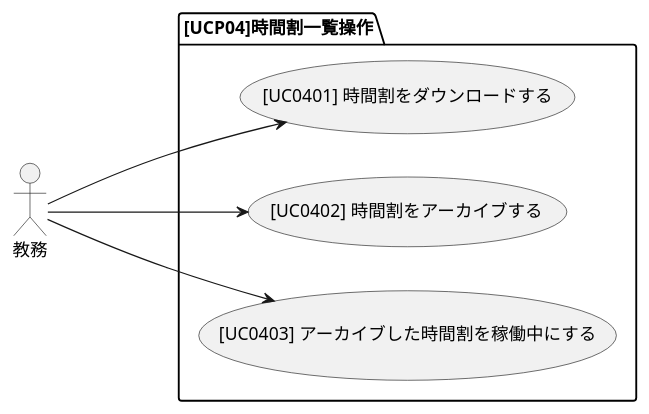
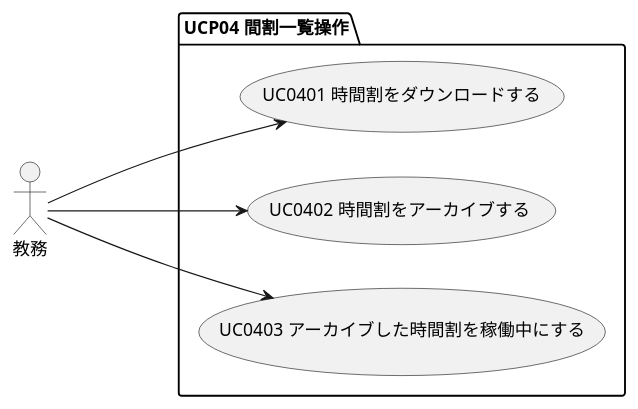
The diagram in docs/03_システム要件定義/01_ユースケース図/UCP04_年間時間割操作.pu (takayanag-i/working-in-progress), drawn with PlantUML before and after one commit. The commit also changed 2 other files, not shown here.

Commit message:
[FIX] UC図の括弧削除

```diff
--- a/docs/03_システム要件定義/01_ユースケース図/UCP04_年間時間割操作.pu
+++ b/docs/03_システム要件定義/01_ユースケース図/UCP04_年間時間割操作.pu
@@ -1,11 +1,11 @@
 @startuml usecase diagram
 left to right direction
 
 actor 教務
 
-package [UCP04]時間割一覧操作 {
-    教務--->([UC0401] 時間割をダウンロードする)
-    教務--->([UC0402] 時間割をアーカイブする)
-    教務--->([UC0403] アーカイブした時間割を稼働中にする)
+package "UCP04 間割一覧操作" {
+    教務--->(UC0401 時間割をダウンロードする)
+    教務--->(UC0402 時間割をアーカイブする)
+    教務--->(UC0403 アーカイブした時間割を稼働中にする)
 }
 @enduml
```
